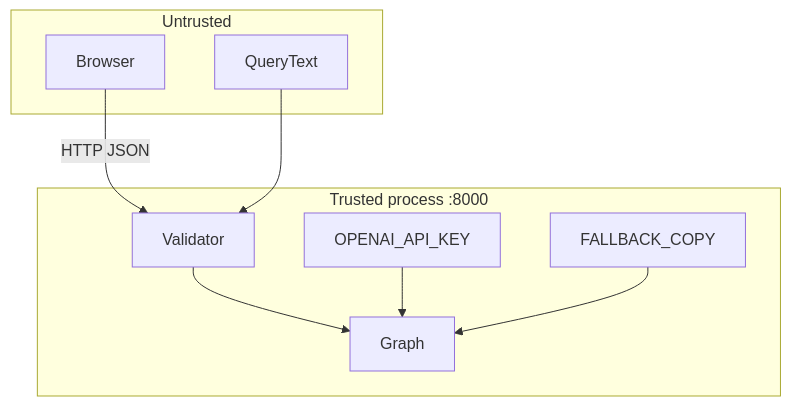
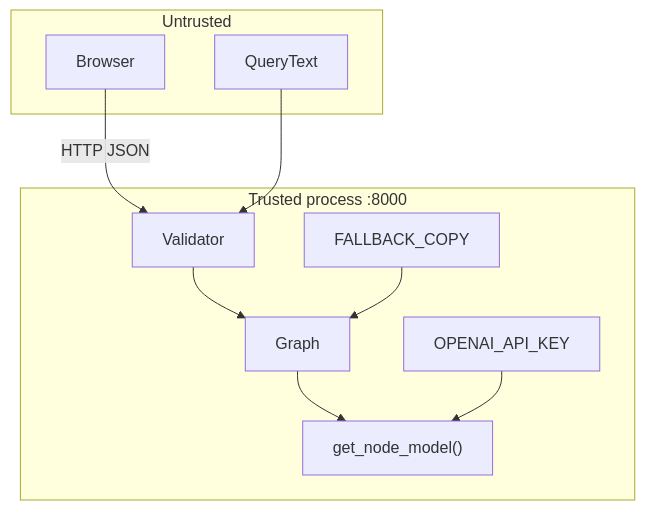
Before and after one commit to Codemelia/project-lintel: the sixth of 6 diagrams in docs/system-design.md, drawn with Mermaid. The commit also changed other lines of this file and 26 other files, not shown here.

Commit message:
UP update plan + scaffold schema, data, models

````diff
--- a/docs/system-design.md
+++ b/docs/system-design.md
@@ -353,20 +367,22 @@
 ```mermaid
 flowchart TB
   subgraph untrusted [Untrusted]
     Browser
     QueryText
   end
 
   subgraph trusted [Trusted process :8000]
     Validator
     Graph
+    Models["get_node_model()"]
     Key["OPENAI_API_KEY"]
     Constants["FALLBACK_COPY"]
   end
 
   Browser -->|HTTP JSON| Validator
   QueryText --> Validator
   Validator --> Graph
-  Key --> Graph
+  Graph --> Models
+  Key --> Models
   Constants --> Graph
 ```
````
